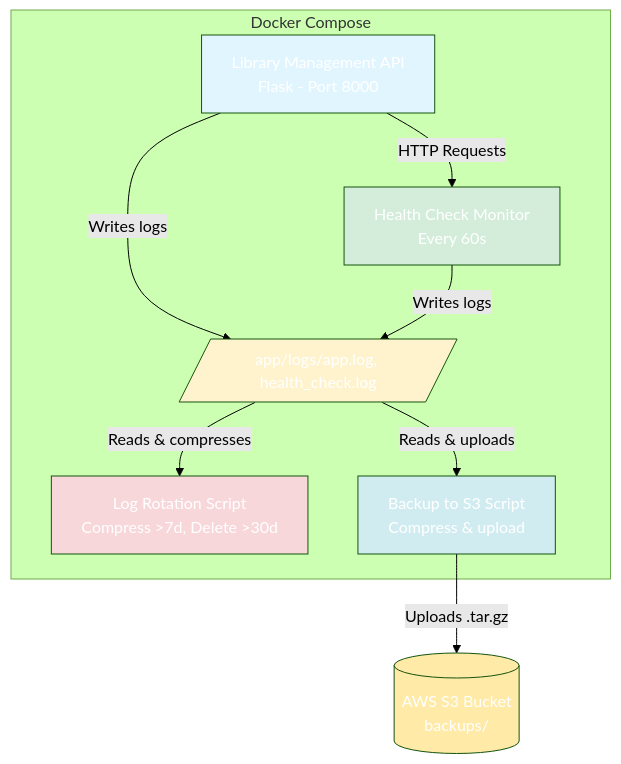
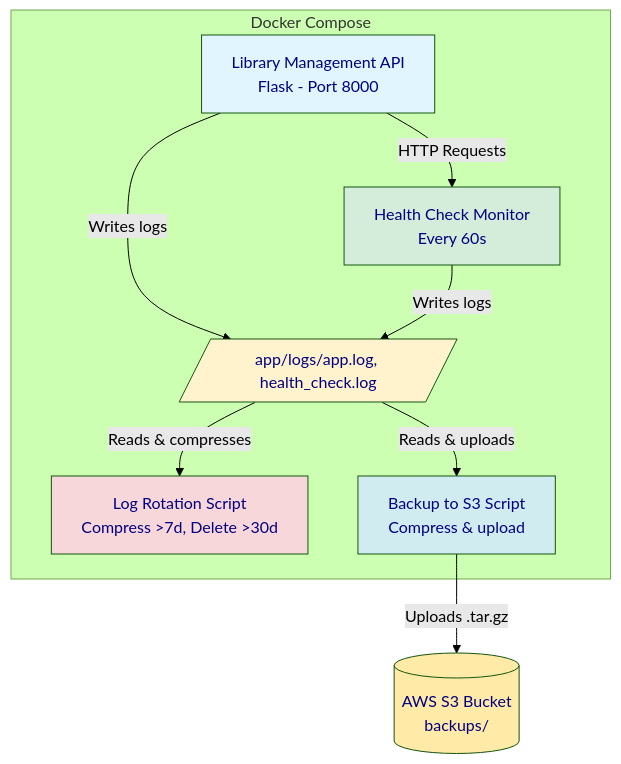
The diagram in README.md (CandoJhon/devops-automation-toolkit), drawn with Mermaid (forest theme) before and after one commit.

Commit message:
Fix mermaid diagram color letters to blue

````diff
--- a/README.md
+++ b/README.md
@@ -20,24 +20,24 @@
 ```mermaid
 graph TD
     A[Library Management API<br/>Flask - Port 8000] -->|HTTP Requests| B[Health Check Monitor<br/>Every 60s]
     A -->|Writes logs| C[/app/logs/app.log, health_check.log/]
     B -->|Writes logs| C
     C -->|Reads & compresses| D[Log Rotation Script<br/>Compress >7d, Delete >30d]
     C -->|Reads & uploads| E[Backup to S3 Script<br/>Compress & upload]
     E -->|Uploads .tar.gz| F[(AWS S3 Bucket<br/>backups/)]
     
-    style A fill:#e1f5ff,color:#ffffff
-    style B fill:#d4edda,color:#ffffff
-    style C fill:#fff3cd,color:#ffffff
-    style D fill:#f8d7da,color:#ffffff
-    style E fill:#d1ecf1,color:#ffffff
-    style F fill:#ffeaa7,color:#ffffff
+    style A fill:#e1f5ff,color:#000080
+    style B fill:#d4edda,color:#000080
+    style C fill:#fff3cd,color:#000080
+    style D fill:#f8d7da,color:#000080
+    style E fill:#d1ecf1,color:#000080
+    style F fill:#ffeaa7,color:#000080
     
     subgraph Docker Compose
     A
     B
     C
     D
     E
     end
 ```
````
